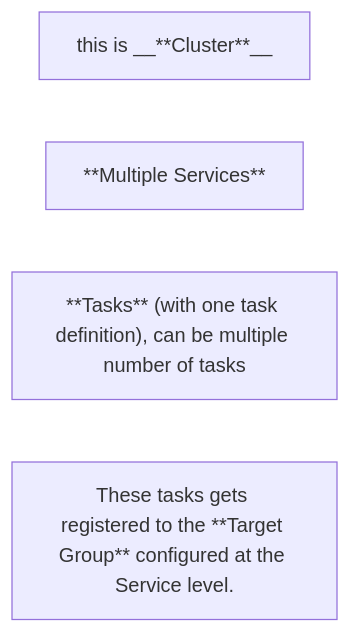
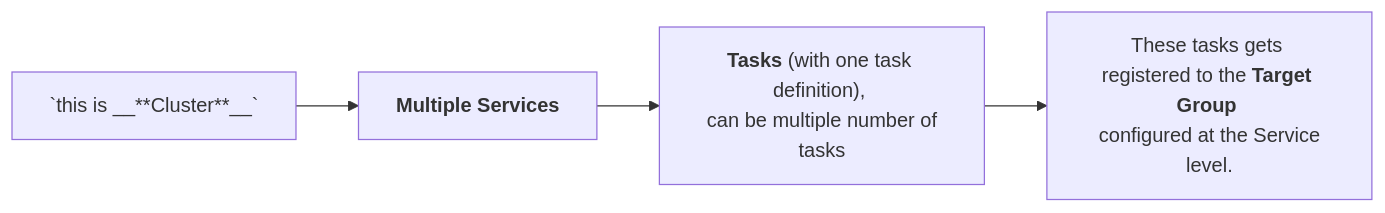
Before and after one commit to nepalsingh/cloud-training: the second of 2 diagrams in README.md, drawn with Mermaid.

Commit message:
Udpate for EKS

````diff
--- a/README.md
+++ b/README.md
@@ -729,8 +729,10 @@
 ```mermaid
 flowchart LR
-  cluster[" this is __**Cluster**__"]
-  services["**Multiple Services**"]
-  tasks["**Tasks** (with one task definition), can be multiple number of tasks"]
-  target["These tasks gets registered to the **Target Group** configured at the Service level."]
+  cluster[" `this is __**Cluster**__`"]
+  services["`**Multiple Services**`"]
+  tasks["`**Tasks** (with one task definition), <br /> can be multiple number of tasks`"]
+  target["`These tasks gets registered to the **Target Group** <br /> configured at the Service level.`"]
+  cluster --> services --> tasks --> target
+
 
 ```
````
